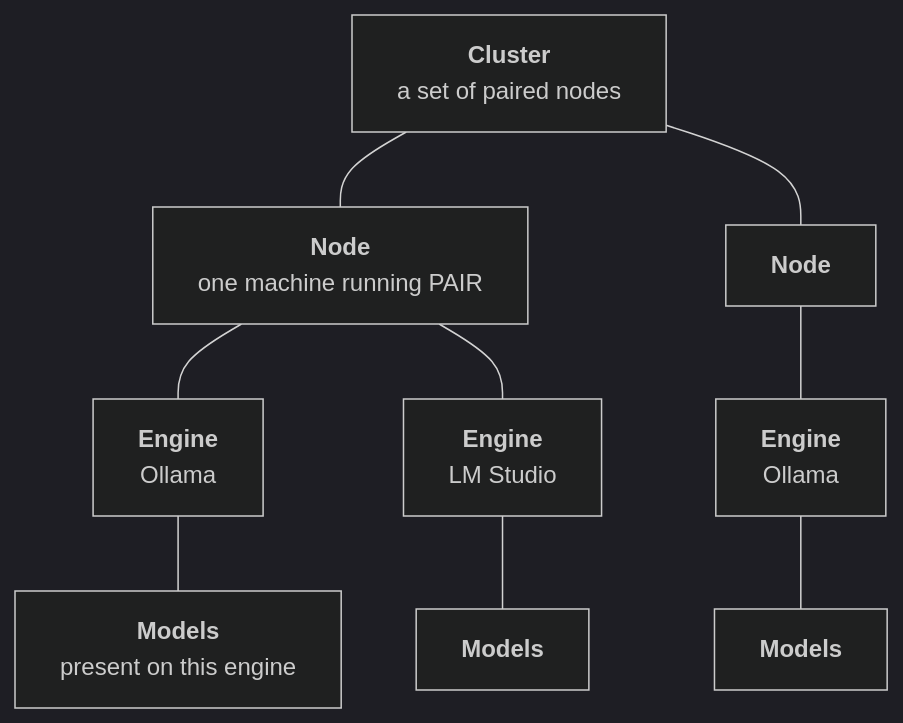
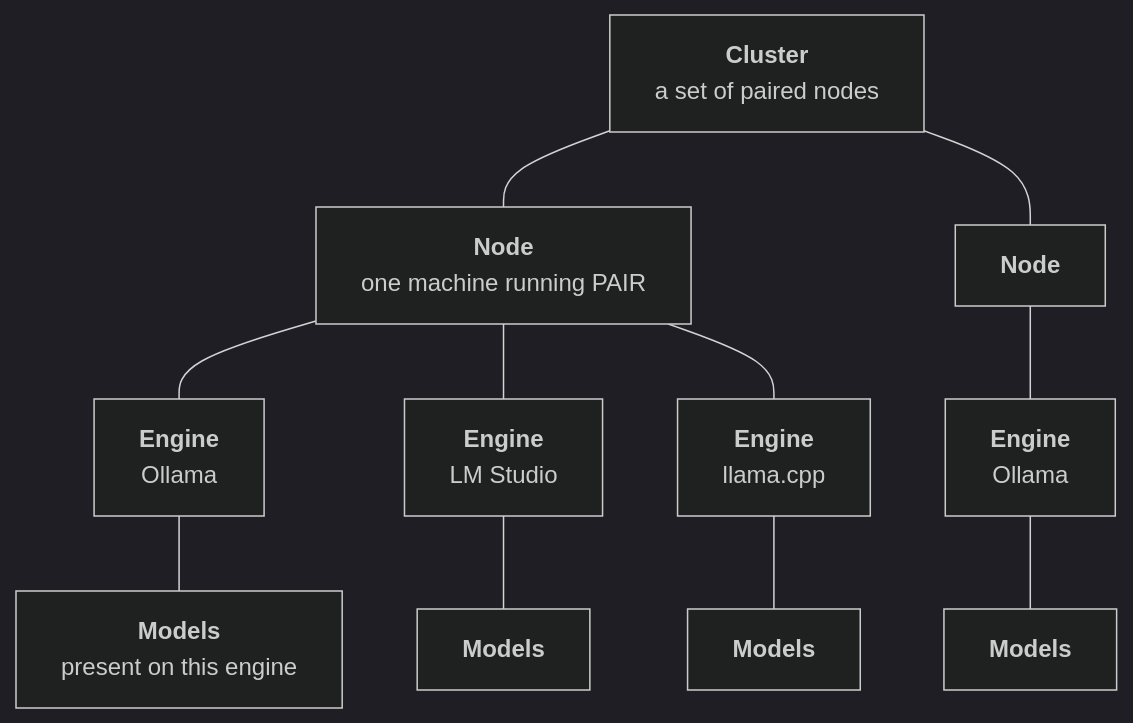
The first of 5 diagrams in docs/architecture.mdx (NVIDIA/Personal-AI-Router), drawn with Mermaid (dark theme) before and after one commit. The commit also changed other lines of this file and 23 other files, not shown here.

````diff
--- a/docs/architecture.mdx
+++ b/docs/architecture.mdx
@@ -16,21 +16,25 @@
 ```mermaid
 flowchart TB
     Cluster["<b>Cluster</b><br/>a set of paired nodes"]
     NodeA["<b>Node</b><br/>one machine running PAIR"]
     NodeB["<b>Node</b>"]
     EngineA1["<b>Engine</b><br/>Ollama"]
     EngineA2["<b>Engine</b><br/>LM Studio"]
+    EngineA3["<b>Engine</b><br/>llama.cpp"]
     EngineB1["<b>Engine</b><br/>Ollama"]
     ModelA1["<b>Models</b><br/>present on this engine"]
     ModelA2["<b>Models</b>"]
+    ModelA3["<b>Models</b>"]
     ModelB1["<b>Models</b>"]
 
     Cluster --- NodeA
     Cluster --- NodeB
     NodeA --- EngineA1
     NodeA --- EngineA2
+    NodeA --- EngineA3
     NodeB --- EngineB1
     EngineA1 --- ModelA1
     EngineA2 --- ModelA2
+    EngineA3 --- ModelA3
     EngineB1 --- ModelB1
 ```
````
